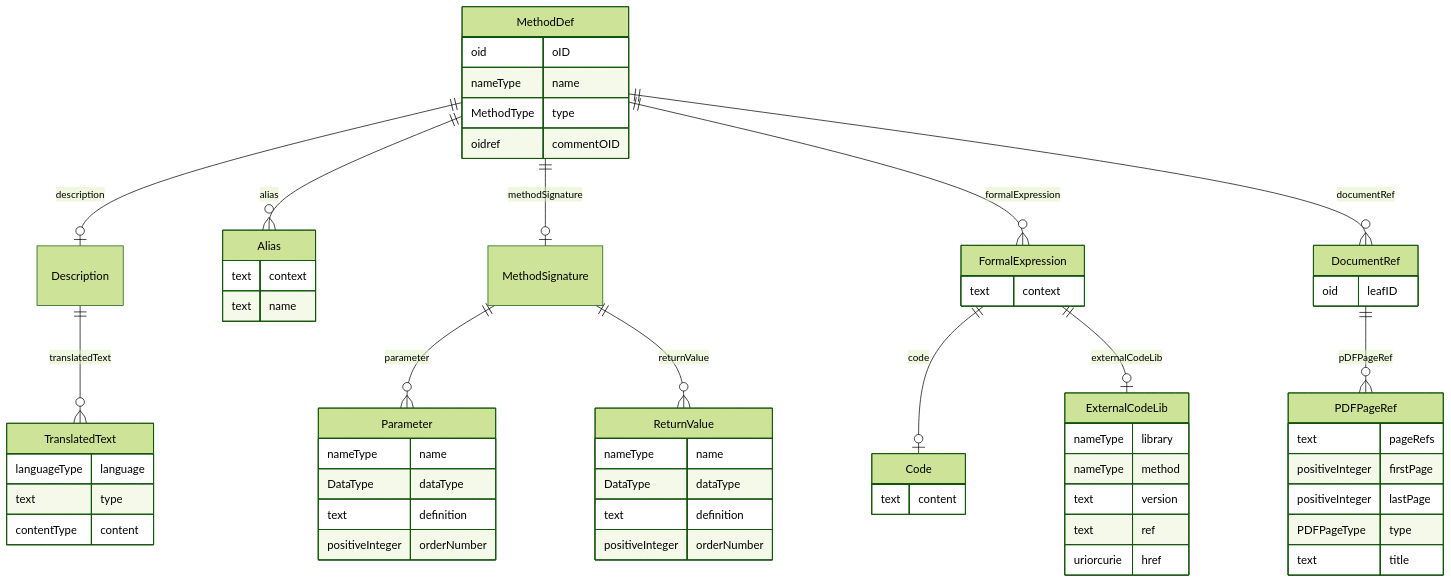
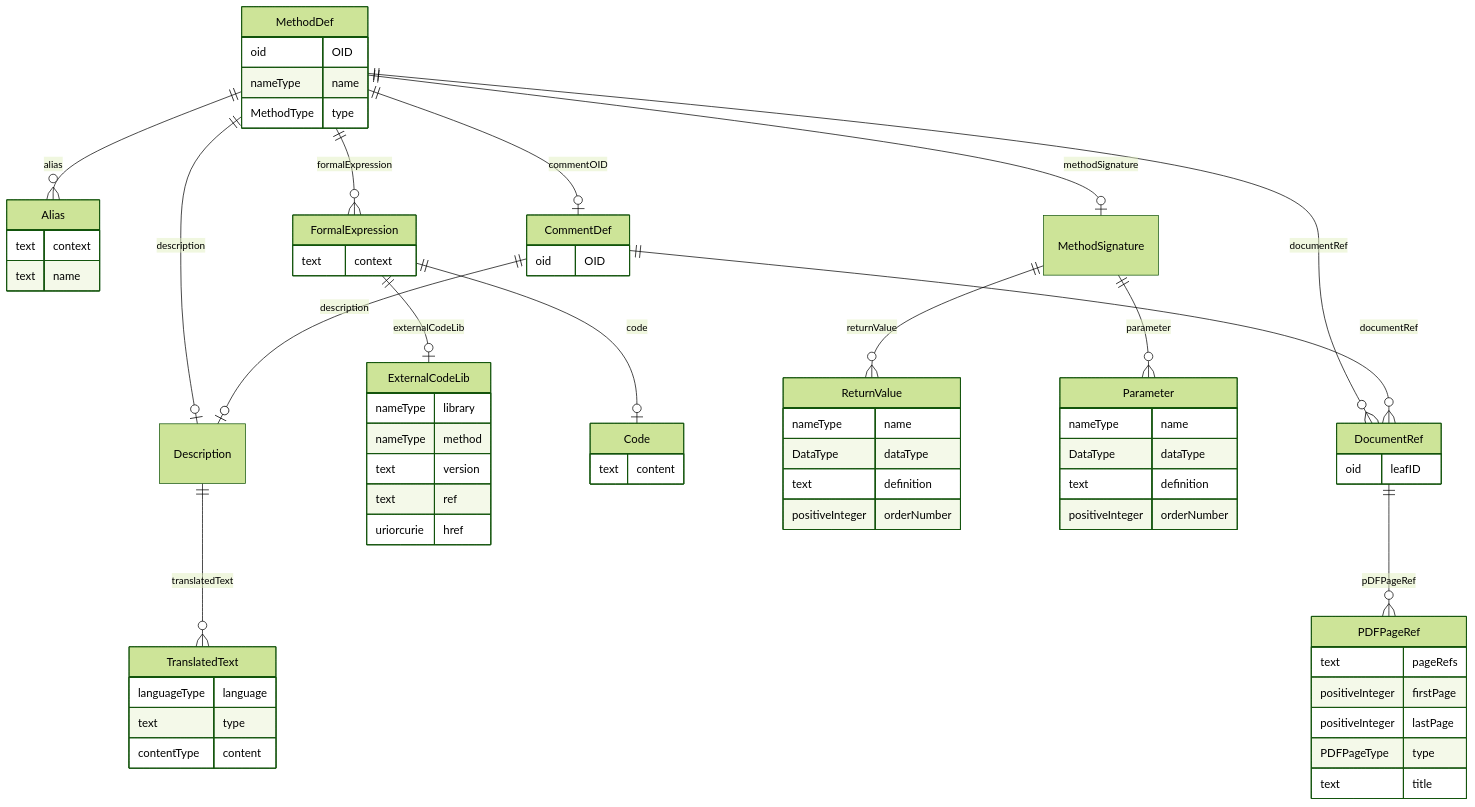
The diagram in docs/MethodDef.md (cdisc-org/DataExchange-ODM-LinkML), drawn with Mermaid (forest theme) before and after one commit. The commit also changed other lines of this file and 338 other files, not shown here.

````diff
--- a/docs/MethodDef.md
+++ b/docs/MethodDef.md
@@ -11,72 +11,77 @@
 ```mermaid
 erDiagram
 MethodDef {
-    oid oID  
+    oid OID  
     nameType name  
     MethodType type  
-    oidref commentOID  
 }
 DocumentRef {
     oid leafID  
 }
 PDFPageRef {
     text pageRefs  
     positiveInteger firstPage  
     positiveInteger lastPage  
     PDFPageType type  
     text title  
 }
 Alias {
     text context  
     text name  
 }
 FormalExpression {
     text context  
 }
 ExternalCodeLib {
     nameType library  
     nameType method  
     text version  
     text ref  
     uriorcurie href  
 }
 Code {
     text content  
 }
 MethodSignature {
 
 }
 ReturnValue {
     nameType name  
     DataType dataType  
     text definition  
     positiveInteger orderNumber  
 }
 Parameter {
     nameType name  
     DataType dataType  
     text definition  
     positiveInteger orderNumber  
 }
 Description {
 
 }
 TranslatedText {
     languageType language  
     text type  
     contentType content  
 }
+CommentDef {
+    oid OID  
+}
 
+MethodDef ||--|o CommentDef : "commentOID"
 MethodDef ||--|o Description : "description"
 MethodDef ||--|o MethodSignature : "methodSignature"
 MethodDef ||--}o FormalExpression : "formalExpression"
 MethodDef ||--}o Alias : "alias"
 MethodDef ||--}o DocumentRef : "documentRef"
 DocumentRef ||--}o PDFPageRef : "pDFPageRef"
 FormalExpression ||--|o Code : "code"
 FormalExpression ||--|o ExternalCodeLib : "externalCodeLib"
 MethodSignature ||--}o Parameter : "parameter"
 MethodSignature ||--}o ReturnValue : "returnValue"
 Description ||--}o TranslatedText : "translatedText"
+CommentDef ||--|o Description : "description"
+CommentDef ||--}o DocumentRef : "documentRef"
 
 ```
````
